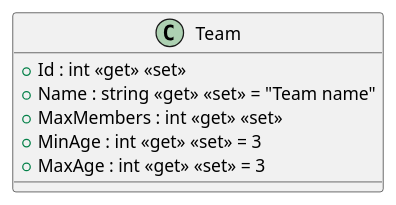
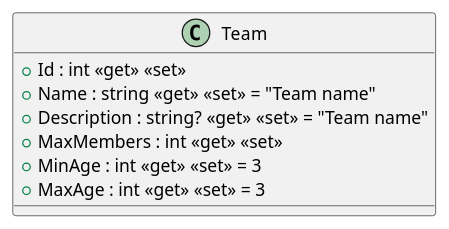
One commit to SEII2627LosBalicki/ISII2627LosBalicki changed the diagram in src/AppForSEII.API/ClassDiagram/Team.puml. Above: the diagram before and after it, drawn with PlantUML. The commit also changed 1 other file, not shown here.

Commit message:
Updated UC-CreateGame UML diagram

```diff
--- a/src/AppForSEII.API/ClassDiagram/Team.puml
+++ b/src/AppForSEII.API/ClassDiagram/Team.puml
@@ -1,10 +1,11 @@
 @startuml 
 class Team {
     + Id : int <<get>> <<set>>
     + Name : string <<get>> <<set>> = "Team name"
+    + Description : string? <<get>> <<set>> = "Team name"
     + MaxMembers : int <<get>> <<set>>
     + MinAge : int <<get>> <<set>> = 3
     + MaxAge : int <<get>> <<set>> = 3
 
 }
 @enduml
```
